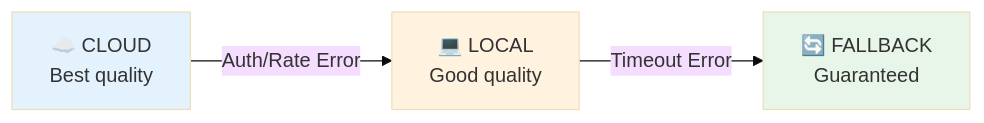
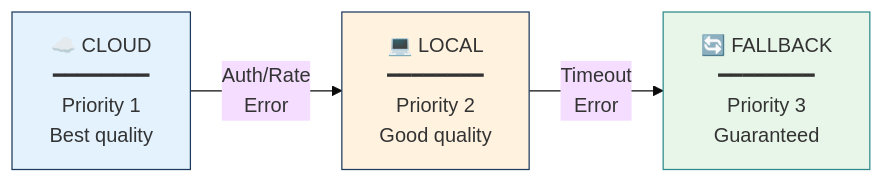
Before and after one commit to mikenk2010/COSC3009-Intelligent-Decision-Making-Advanced-IDM-Algorithm-Design: diagram 11 of 19 in PRESENTATION_OUTLINE.md, drawn with Mermaid (base theme). The commit also changed other lines of this file, not shown here.

````diff
--- a/PRESENTATION_OUTLINE.md
+++ b/PRESENTATION_OUTLINE.md
@@ -497,13 +650,13 @@
 ```mermaid
 flowchart LR
-    P1["☁️ CLOUD<br/>Best quality"]
-    P2["💻 LOCAL<br/>Good quality"]
-    P3["🔄 FALLBACK<br/>Guaranteed"]
+    P1["☁️ CLOUD<br/>━━━━━━━━<br/>Priority 1<br/>Best quality"]
+    P2["💻 LOCAL<br/>━━━━━━━━<br/>Priority 2<br/>Good quality"]
+    P3["🔄 FALLBACK<br/>━━━━━━━━<br/>Priority 3<br/>Guaranteed"]
 
-    P1 -->|"Auth/Rate Error"| P2
-    P2 -->|"Timeout Error"| P3
+    P1 -->|"Auth/Rate<br/>Error"| P2
+    P2 -->|"Timeout<br/>Error"| P3
 
-    style P1 fill:#e3f2fd
-    style P2 fill:#fff3e0
-    style P3 fill:#e8f5e9
+    style P1 fill:#e3f2fd,stroke:#1e3a5f
+    style P2 fill:#fff3e0,stroke:#1e3a5f
+    style P3 fill:#e8f5e9,stroke:#2d8b8b
 ```
````
